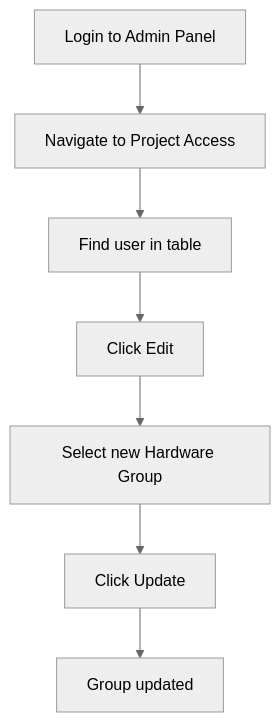
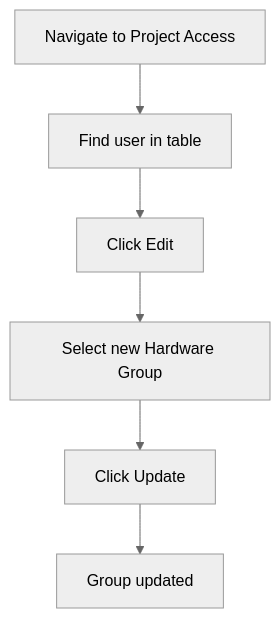
The sixth of 7 diagrams in docs/source/workflow-examples.rst (ColfaxResearch/cxpn-admin-readthedocs), drawn with Mermaid (neutral theme) before and after one commit. The commit also changed other lines of this file, not shown here.

Commit message:
remove redundant login step from workflow diagrams

```diff
--- a/docs/source/workflow-examples.rst
+++ b/docs/source/workflow-examples.rst
@@ -119,9 +114,8 @@
 .. mermaid::
 
    graph TD
-       A[Login to Admin Panel] --> B[Navigate to Project Access]
-       B --> C[Find user in table]
-       C --> D[Click Edit]
-       D --> E[Select new Hardware Group]
-       E --> F[Click Update]
-       F --> G[Group updated]
+       A[Navigate to Project Access] --> B[Find user in table]
+       B --> C[Click Edit]
+       C --> D[Select new Hardware Group]
+       D --> E[Click Update]
+       E --> F[Group updated]
```
